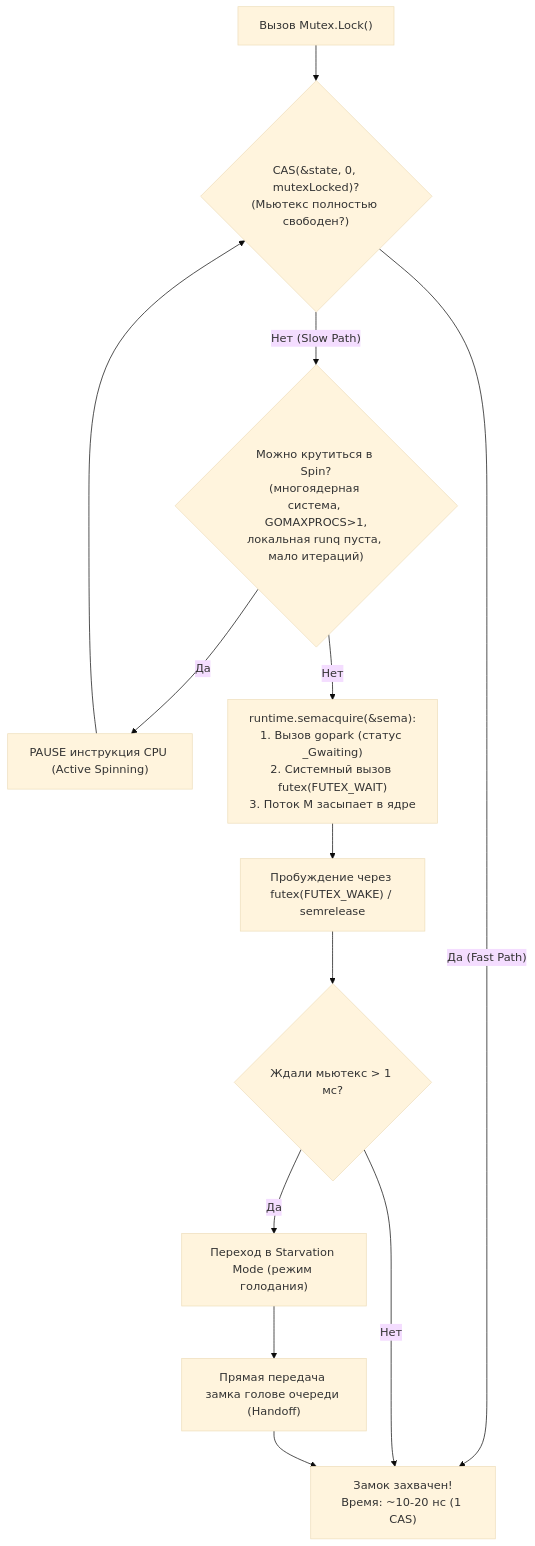
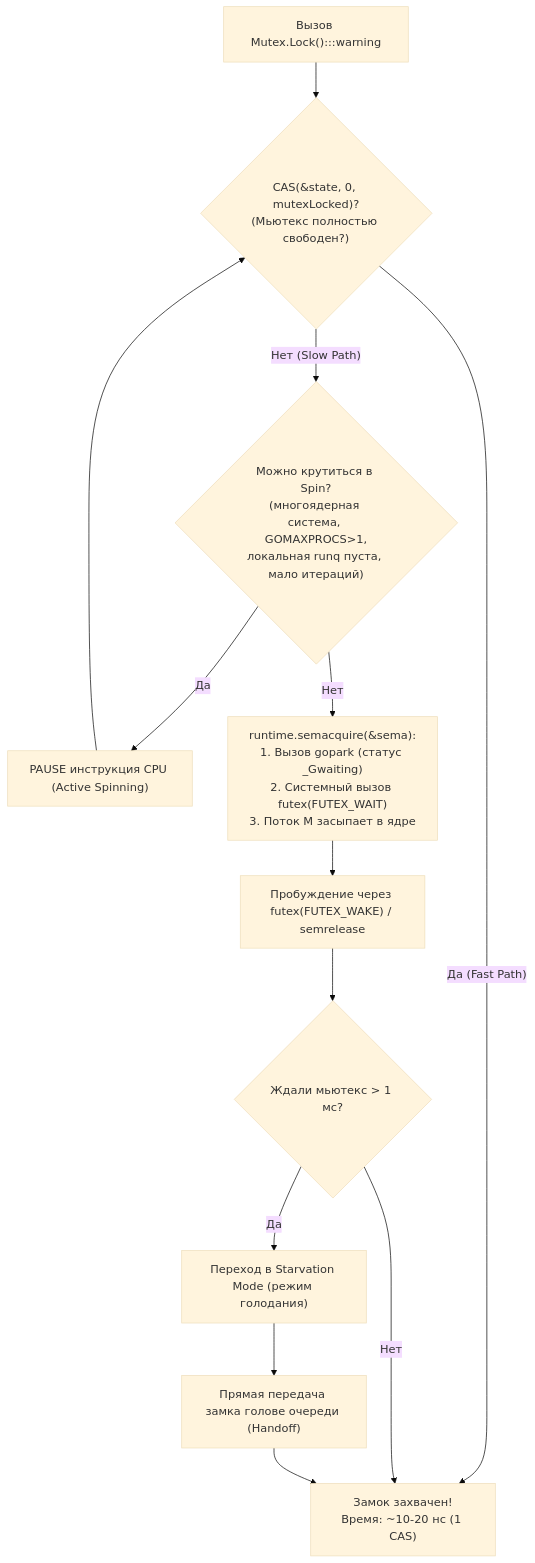
One commit to UnrealTemplier/go-textbook changed the first of 3 diagrams in sources/16. Профилирование, отладка и производительность/06. Конкурентность/5. Sync primitives и их стоимость.md. Above: the diagram before and after it, drawn with Mermaid (base theme). The commit also changed other lines of this file and 1666 other files, not shown here.

First line of the commit message:
feat(mermaid): add semantic color classDef to 1369 colorless flowchart/graph diagrams

````diff
--- a/sources/16. Профилирование, отладка и производительность/06. Конкурентность/5. Sync primitives и их стоимость.md
+++ b/sources/16. Профилирование, отладка и производительность/06. Конкурентность/5. Sync primitives и их стоимость.md
@@ -26,17 +26,27 @@
 ```mermaid
 flowchart TD
-    Start["Вызов Mutex.Lock()"] --> FastPath{"CAS(&state, 0, mutexLocked)?<br/>(Мьютекс полностью свободен?)"}
+    classDef process  fill:#1e293b,stroke:#38bdf8,stroke-width:1px,color:#f8fafc
+    classDef success  fill:#064e3b,stroke:#34d399,stroke-width:1px,color:#f8fafc
+    classDef error    fill:#7f1d1d,stroke:#f87171,stroke-width:1px,color:#f8fafc
+    classDef warning  fill:#78350f,stroke:#fbbf24,stroke-width:1px,color:#f8fafc
+    classDef entry    fill:#1e3a5f,stroke:#38bdf8,stroke-width:2px,color:#f8fafc
+    classDef aux      fill:#334155,stroke:#64748b,stroke-width:1px,color:#f8fafc
+    classDef system   fill:#312e81,stroke:#a78bfa,stroke-width:1px,color:#f8fafc
+    classDef data     fill:#132d29,stroke:#2dd4bf,stroke-width:1px,color:#f8fafc
+    classDef network  fill:#881337,stroke:#fb7185,stroke-width:1px,color:#f8fafc
+    classDef accent   fill:#1e1b4b,stroke:#818cf8,stroke-width:1px,color:#f8fafc
+    Start["Вызов Mutex.Lock():::warning"] --> FastPath{"CAS(&state, 0, mutexLocked)?<br/>(Мьютекс полностью свободен?)"}
     FastPath -- "Да (Fast Path)" --> Acquired["Замок захвачен!<br/>Время: ~10-20 нс (1 CAS)"]
     FastPath -- "Нет (Slow Path)" --> CheckSpin{"Можно крутиться в Spin?<br/>(многоядерная система, GOMAXPROCS>1,<br/>локальная runq пуста, мало итераций)"}
     
     CheckSpin -- Да --> DoSpin["PAUSE инструкция CPU (Active Spinning)"]
     DoSpin --> FastPath
     CheckSpin -- Нет --> SleepPhase["runtime.semacquire(&sema):<br/>1. Вызов gopark (статус _Gwaiting)<br/>2. Системный вызов futex(FUTEX_WAIT)<br/>3. Поток M засыпает в ядре"]
     
     SleepPhase --> WokenUp["Пробуждение через futex(FUTEX_WAKE) / semrelease"]
     WokenUp --> StarveCheck{"Ждали мьютекс > 1 мс?"}
     StarveCheck -- Да --> EnterStarve["Переход в Starvation Mode (режим голодания)"]
     StarveCheck -- Нет --> Acquired
     EnterStarve --> HandOff["Прямая передача замка голове очереди (Handoff)"]
     HandOff --> Acquired
 ```
````
